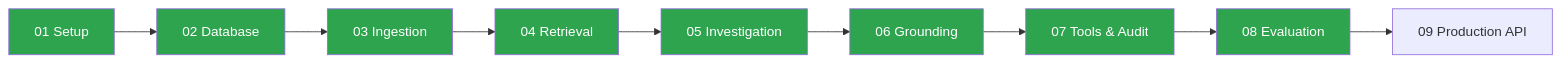
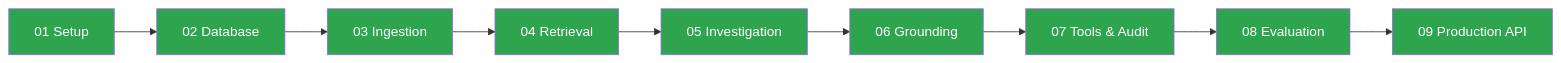
One commit to zqf20096327/dbhub_collect changed the second of 2 diagrams in data/readmes/iamswayam__incidentweave.md. Above: the diagram before and after it, drawn with Mermaid. The commit also changed other lines of this file and 402 other files, not shown here.

````diff
--- a/data/readmes/iamswayam__incidentweave.md
+++ b/data/readmes/iamswayam__incidentweave.md
@@ -385,13 +486,14 @@
 ```mermaid
 flowchart LR
     P1[01 Setup] --> P2[02 Database] --> P3[03 Ingestion] --> P4[04 Retrieval] --> P5[05 Investigation] --> P6[06 Grounding] --> P7[07 Tools & Audit] --> P8[08 Evaluation] --> P9[09 Production API]
 
     style P1 fill:#2ea44f,color:#fff
     style P2 fill:#2ea44f,color:#fff
     style P3 fill:#2ea44f,color:#fff
     style P4 fill:#2ea44f,color:#fff
     style P5 fill:#2ea44f,color:#fff
     style P6 fill:#2ea44f,color:#fff
     style P7 fill:#2ea44f,color:#fff
     style P8 fill:#2ea44f,color:#fff
+    style P9 fill:#2ea44f,color:#fff
 ```
````
